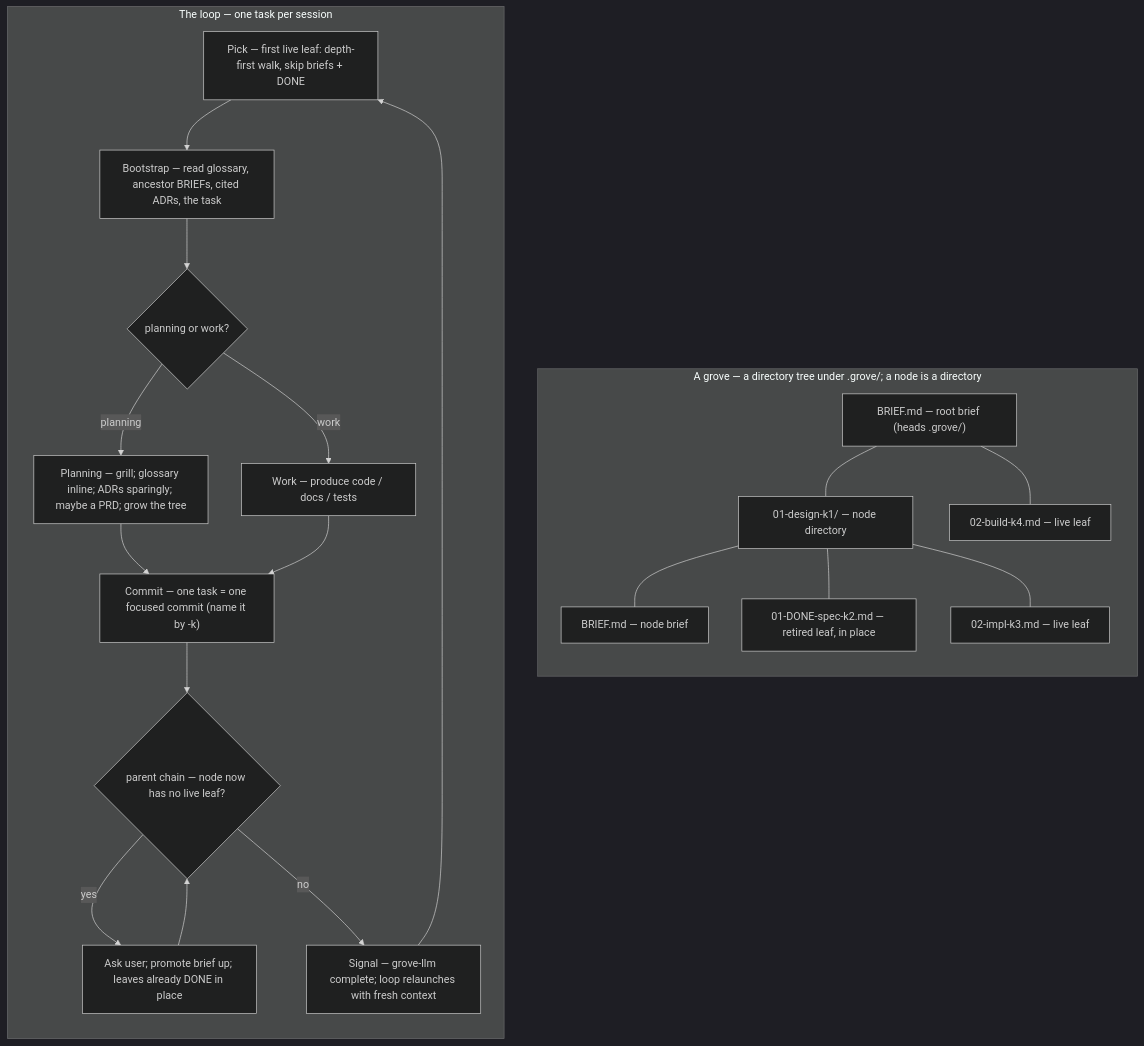
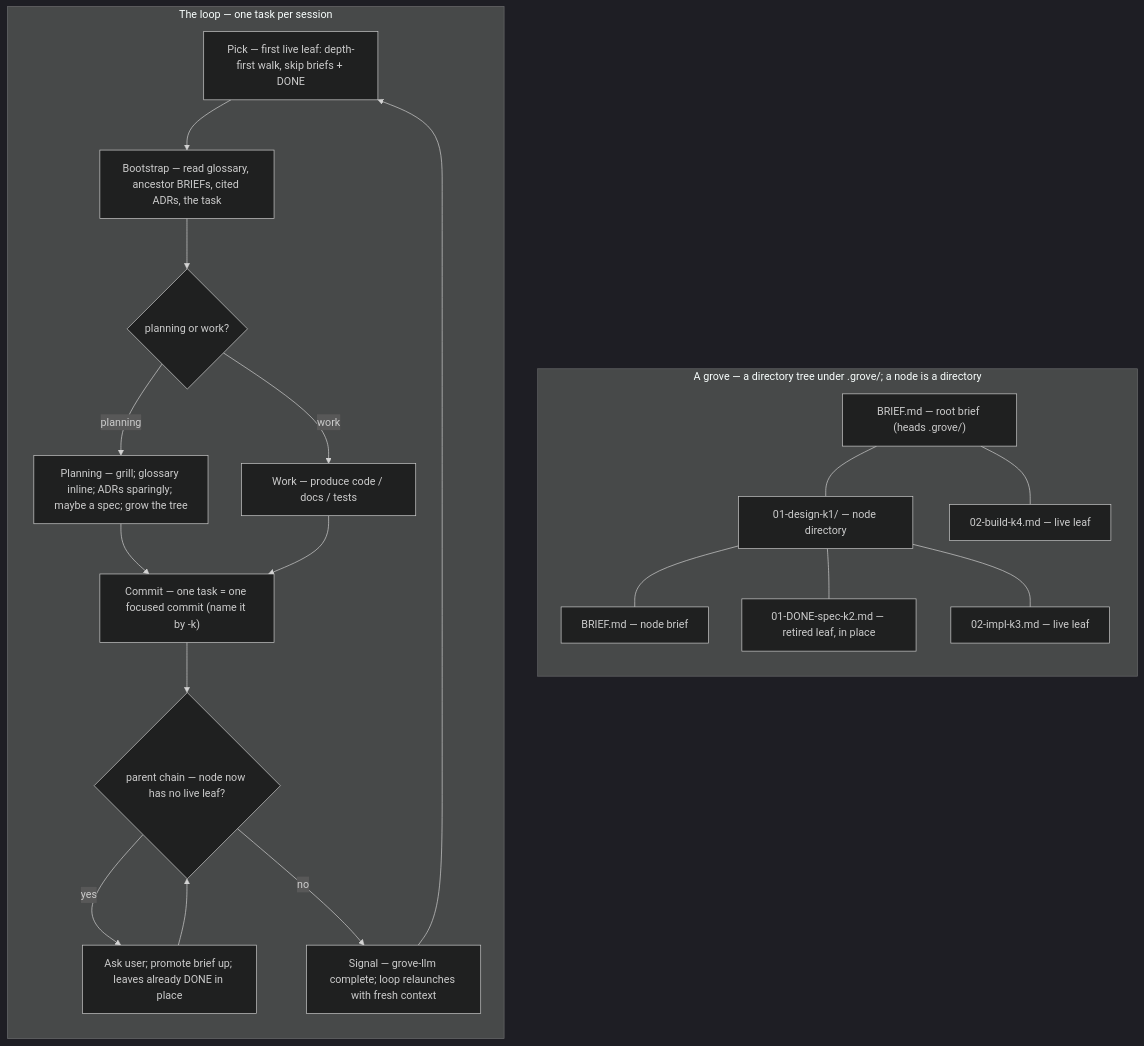
One commit to Linkuistics/grove changed the diagram in content/SKILL.md. Above: the diagram before and after it, drawn with Mermaid (dark theme). The commit also changed other lines of this file and 14 other files, not shown here.

````diff
--- a/content/SKILL.md
+++ b/content/SKILL.md
@@ -13,35 +13,35 @@
 ```mermaid
 flowchart TD
   subgraph tree["A grove — a directory tree under .grove/; a node is a directory"]
     direction TB
     root["BRIEF.md — root brief (heads .grove/)"]
     n1["01-design-k1/ — node directory"]
     nb1["BRIEF.md — node brief"]
     l1["01-DONE-spec-k2.md — retired leaf, in place"]
     l2["02-impl-k3.md — live leaf"]
     n2["02-build-k4.md — live leaf"]
     root --- n1
     root --- n2
     n1 --- nb1
     n1 --- l1
     n1 --- l2
   end
   subgraph loop["The loop — one task per session"]
     direction TB
     pick["Pick — first live leaf: depth-first walk, skip briefs + DONE"]
     boot["Bootstrap — read glossary, ancestor BRIEFs, cited ADRs, the task"]
     exec{"planning or work?"}
-    plan["Planning — grill; glossary inline; ADRs sparingly; maybe a PRD; grow the tree"]
+    plan["Planning — grill; glossary inline; ADRs sparingly; maybe a spec; grow the tree"]
     work["Work — produce code / docs / tests"]
     commit["Commit — one task = one focused commit (name it by <slug>-k<key>)"]
     retire{"parent chain — node now has no live leaf?"}
     ret["Ask user; promote brief up; leaves already DONE in place"]
     signal["Signal — grove-llm complete; loop relaunches with fresh context"]
     pick --> boot --> exec
     exec -->|planning| plan --> commit
     exec -->|work| work --> commit
     commit --> retire
     retire -->|yes| ret --> retire
     retire -->|no| signal --> pick
   end
 ```
````
